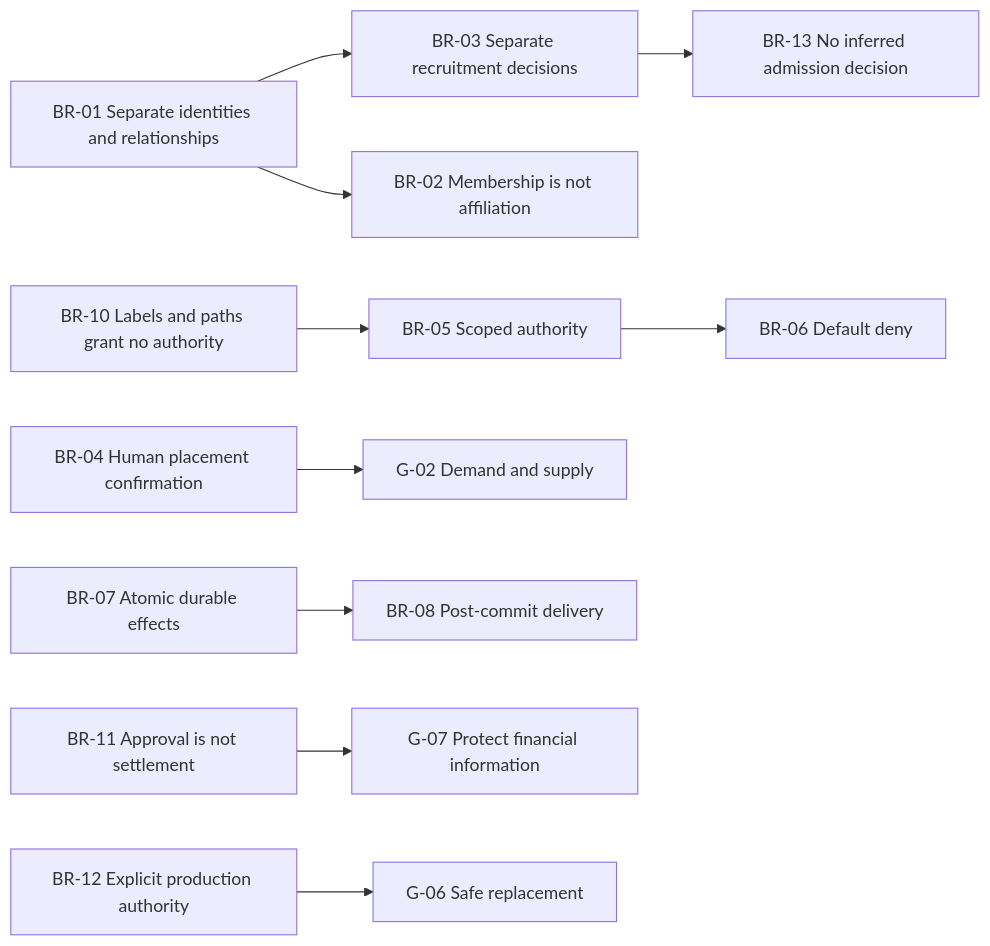
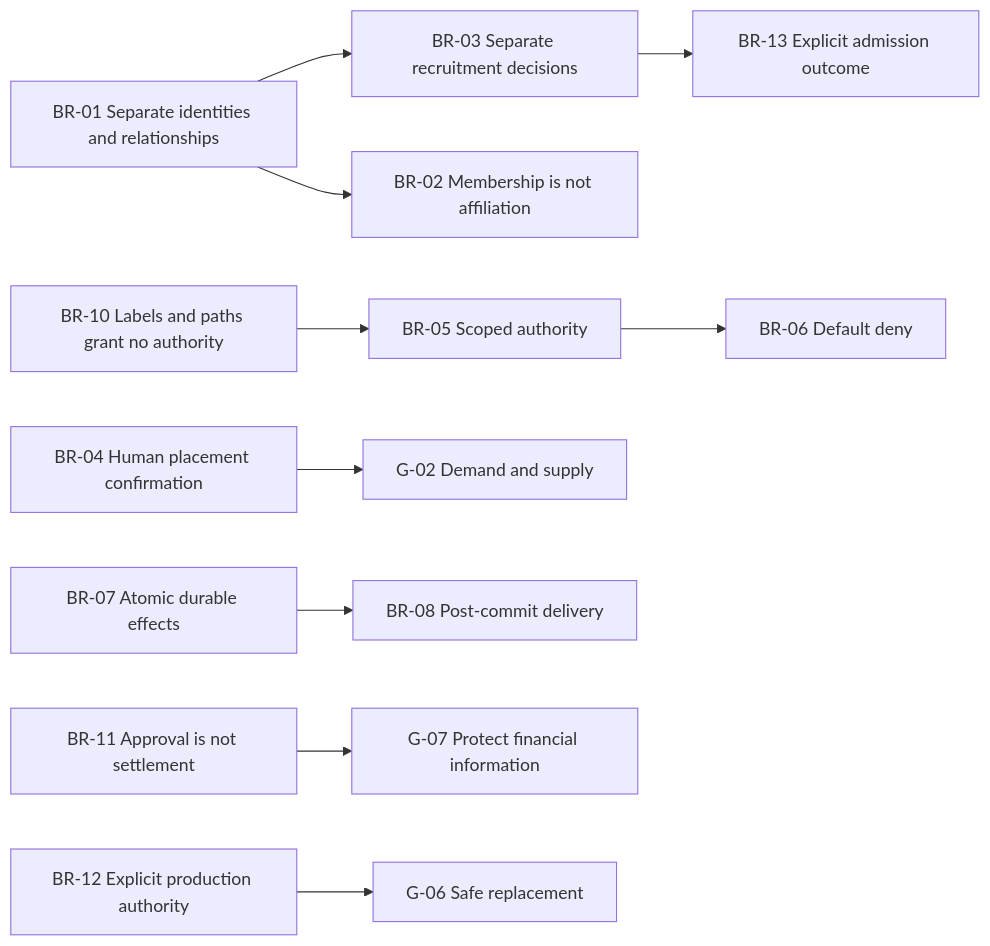
One commit to vektorprogrammet/mono-web changed the second of 13 diagrams in docs/enterprise-models.md. Above: the diagram before and after it, drawn with Mermaid. The commit also changed other lines of this file and 4 other files, not shown here.

First line of the commit message:
docs(substitutes): record the admission outcome and coverage records

````diff
--- a/docs/enterprise-models.md
+++ b/docs/enterprise-models.md
@@ -85,12 +85,12 @@
 ```mermaid
 flowchart LR
   BR05["BR-05 Scoped authority"] --> BR06["BR-06 Default deny"]
   BR01["BR-01 Separate identities and relationships"] --> BR02["BR-02 Membership is not affiliation"]
   BR01 --> BR03["BR-03 Separate recruitment decisions"]
-  BR03 --> BR13["BR-13 No inferred admission decision"]
+  BR03 --> BR13["BR-13 Explicit admission outcome"]
   BR04["BR-04 Human placement confirmation"] --> G02["G-02 Demand and supply"]
   BR07["BR-07 Atomic durable effects"] --> BR08["BR-08 Post-commit delivery"]
   BR10["BR-10 Labels and paths grant no authority"] --> BR05
   BR11["BR-11 Approval is not settlement"] --> G07["G-07 Protect financial information"]
   BR12["BR-12 Explicit production authority"] --> G06["G-06 Safe replacement"]
 ```
````
